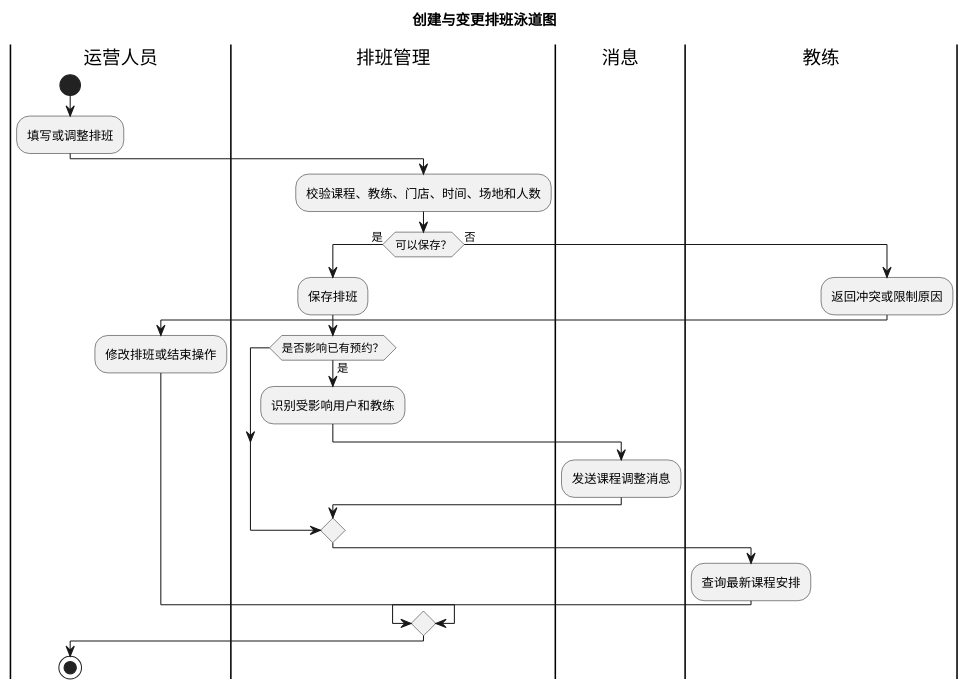
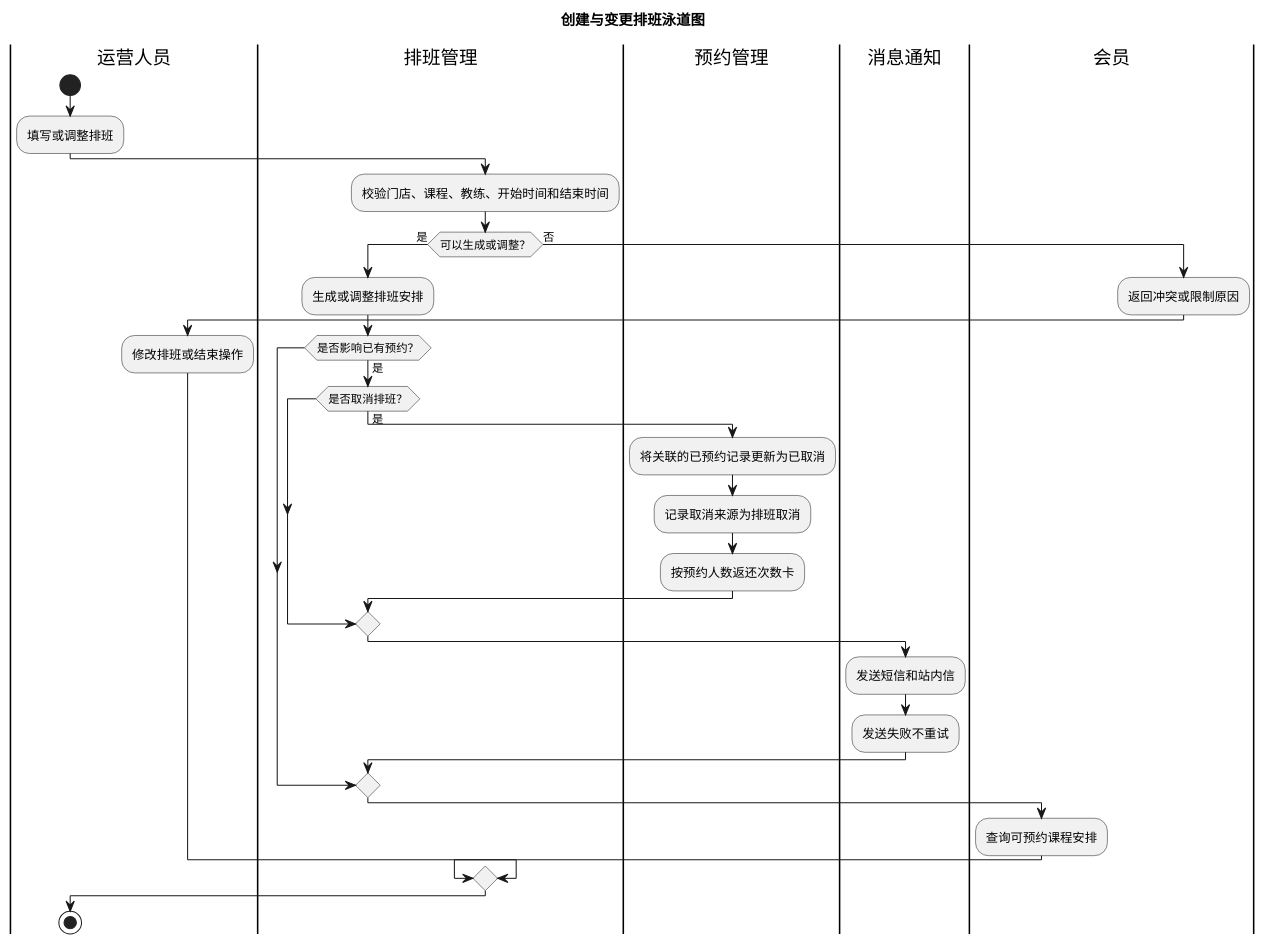
One commit to duo2530/techplant-yoga changed the fourth of 5 diagrams in docs/需求分析/需求分析.md. Above: the diagram before and after it, drawn with PlantUML. The commit also changed other lines of this file and 323 other files, not shown here.

````diff
--- a/docs/需求分析/需求分析.md
+++ b/docs/需求分析/需求分析.md
@@ -503,27 +423,33 @@
 ```plantuml
 @startuml
 title 创建与变更排班泳道图
 
 |运营人员|
 start
 :填写或调整排班;
 
 |排班管理|
-:校验课程、教练、门店、时间、场地和人数;
-if (可以保存？) then (是)
-  :保存排班;
+  :校验门店、课程、教练、开始时间和结束时间;
+if (可以生成或调整？) then (是)
+  :生成或调整排班安排;
   if (是否影响已有预约？) then (是)
-    :识别受影响用户和教练;
-    |消息|
-    :发送课程调整消息;
+    if (是否取消排班？) then (是)
+      |预约管理|
+      :将关联的已预约记录更新为已取消;
+      :记录取消来源为排班取消;
+      :按预约人数返还次数卡;
+    endif
+    |消息通知|
+    :发送短信和站内信;
+    :发送失败不重试;
   endif
-  |教练|
-  :查询最新课程安排;
+  |会员|
+  :查询可预约课程安排;
 else (否)
   :返回冲突或限制原因;
   |运营人员|
   :修改排班或结束操作;
 endif
 stop
 @enduml
 ```
````
